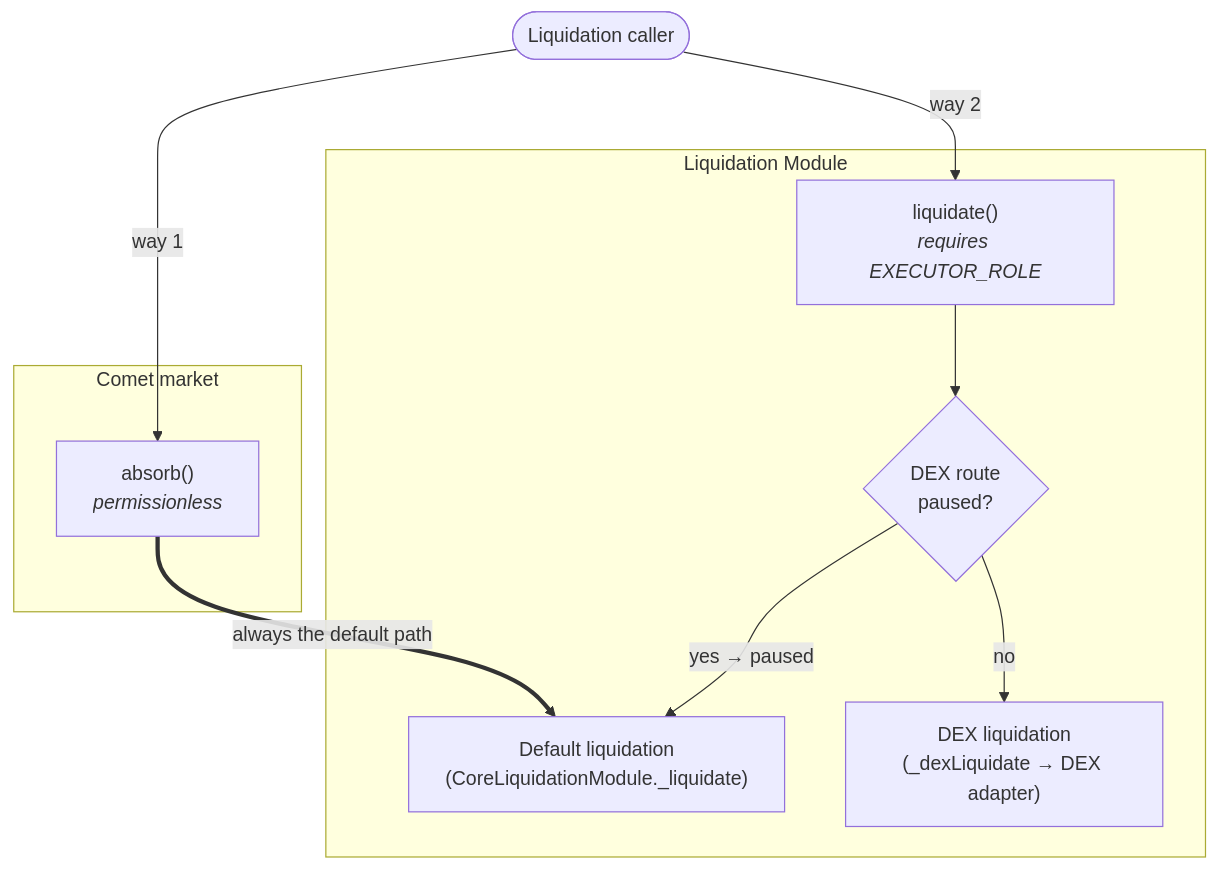
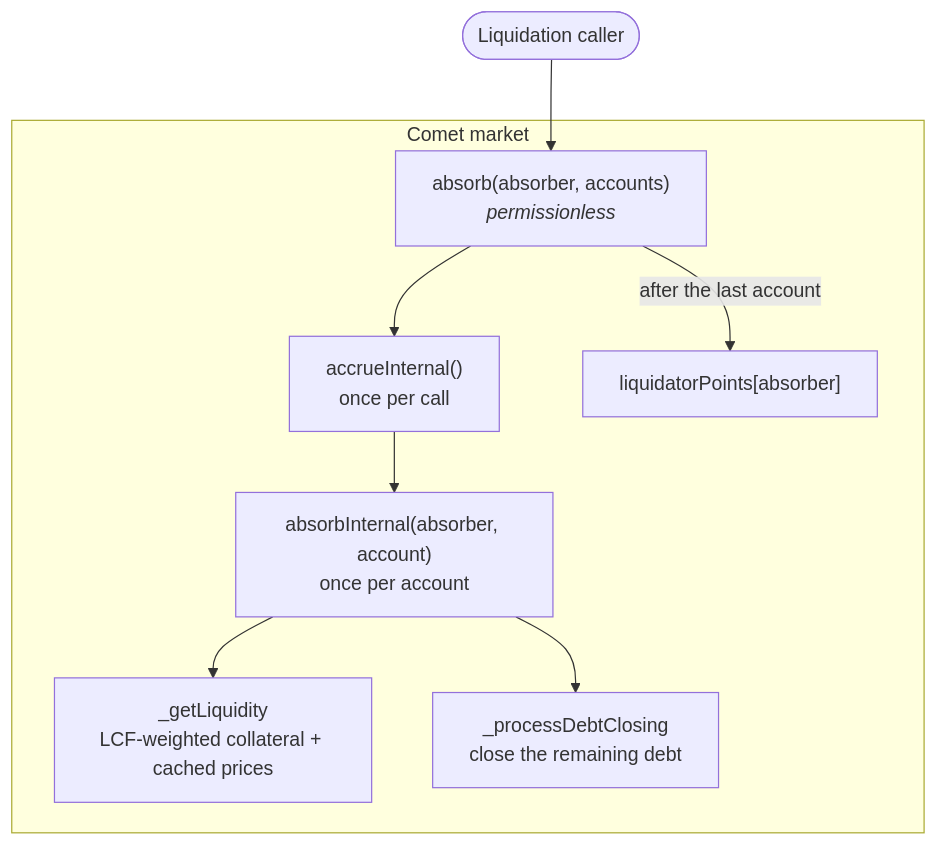
The second of 6 diagrams in docs/liquidation.md (woof-software/comet), drawn with Mermaid before and after one commit. The commit also changed other lines of this file and 1 other file, not shown here.

Commit message:
docs: update document after mergin partial liq into Comet

````diff
--- a/docs/liquidation.md
+++ b/docs/liquidation.md
@@ -361,23 +361,19 @@
 ```mermaid
 flowchart TD
     Caller([Liquidation caller])
 
     subgraph Comet["Comet market"]
-        Absorb["absorb()<br/><i>permissionless</i>"]
+        Absorb["absorb(absorber, accounts)<br/><i>permissionless</i>"]
+        Accrue["accrueInternal()<br/>once per call"]
+        Internal["absorbInternal(absorber, account)<br/>once per account"]
+        Liq["_getLiquidity<br/>LCF-weighted collateral + cached prices"]
+        Close["_processDebtClosing<br/>close the remaining debt"]
+        Points["liquidatorPoints[absorber]"]
     end
 
-    subgraph Module["Liquidation Module"]
-        Liquidate["liquidate()<br/><i>requires EXECUTOR_ROLE</i>"]
-        Branch{"DEX route<br/>paused?"}
-        Default["Default liquidation<br/>(CoreLiquidationModule._liquidate)"]
-        Dex["DEX liquidation<br/>(_dexLiquidate → DEX adapter)"]
-    end
-
-    Caller -->|"way 1"| Absorb
-    Caller -->|"way 2"| Liquidate
-
-    Absorb ==>|"always the default path"| Default
-    Liquidate --> Branch
-    Branch -->|"yes → paused"| Default
-    Branch -->|"no"| Dex
+    Caller --> Absorb
+    Absorb --> Accrue --> Internal
+    Internal --> Liq
+    Internal --> Close
+    Absorb -->|"after the last account"| Points
 ```
````
